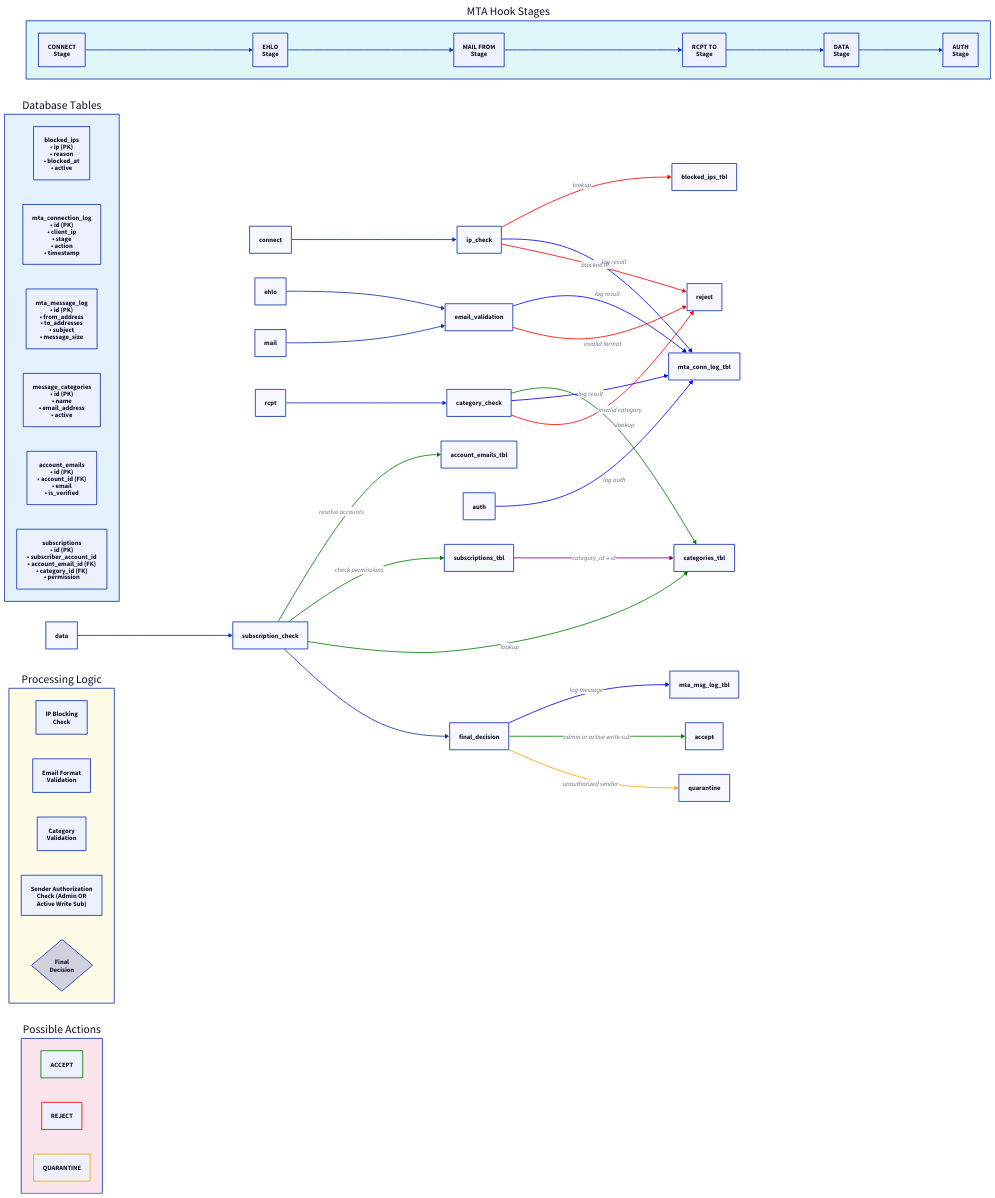
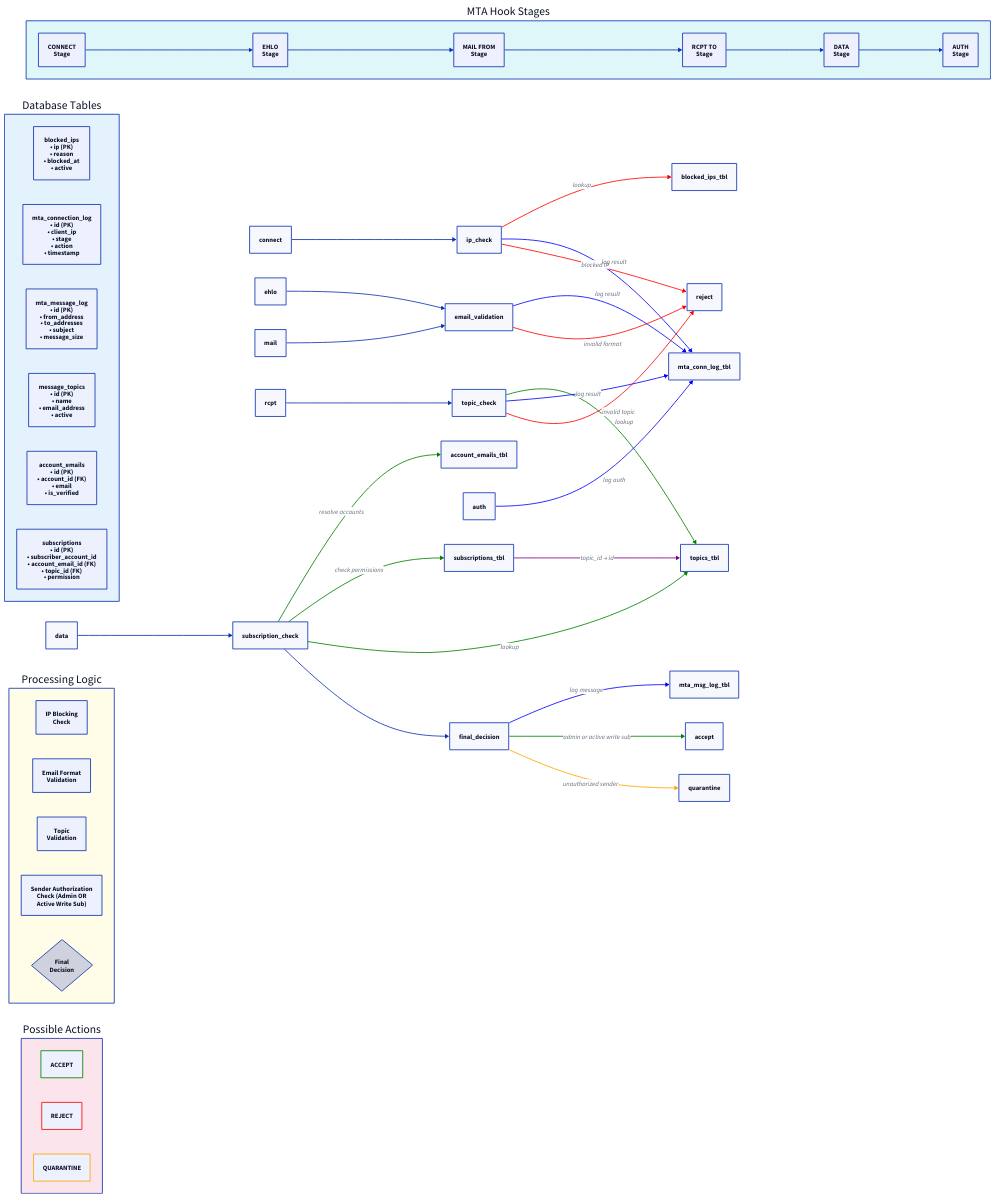
The diagram in docs/src/appendices/mta-processing-flow.d2 (enaut/kommunikationszentrum), drawn with D2 before and after one commit. The commit also changed other lines of this file and 217 other files, not shown here.

```diff
--- a/docs/src/appendices/mta-processing-flow.d2
+++ b/docs/src/appendices/mta-processing-flow.d2
@@ -1,80 +1,80 @@
 direction: right
 
 stages: "MTA Hook Stages" {
   style.fill: "#e0f7fa"
   connect: "CONNECT\nStage"
   ehlo: "EHLO\nStage"
   mail: "MAIL FROM\nStage"
   rcpt: "RCPT TO\nStage"
   data: "DATA\nStage"
   auth: "AUTH\nStage"
 
   connect -> ehlo -> mail -> rcpt -> data -> auth
 }
 
 tables: "Database Tables" {
   style.fill: "#e3f2fd"
   blocked_ips_tbl: "blocked_ips\n• ip (PK)\n• reason\n• blocked_at\n• active"
   mta_conn_log_tbl: "mta_connection_log\n• id (PK)\n• client_ip\n• stage\n• action\n• timestamp"
   mta_msg_log_tbl: "mta_message_log\n• id (PK)\n• from_address\n• to_addresses\n• subject\n• message_size"
-  categories_tbl: "message_categories\n• id (PK)\n• name\n• email_address\n• active"
+  topics_tbl: "message_topics\n• id (PK)\n• name\n• email_address\n• active"
   account_emails_tbl: "account_emails\n• id (PK)\n• account_id (FK)\n• email\n• is_verified"
-  subscriptions_tbl: "subscriptions\n• id (PK)\n• subscriber_account_id\n• account_email_id (FK)\n• category_id (FK)\n• permission"
+  subscriptions_tbl: "subscriptions\n• id (PK)\n• subscriber_account_id\n• account_email_id (FK)\n• topic_id (FK)\n• permission"
 }
 
 logic: "Processing Logic" {
   style.fill: "#fffde7"
   ip_check: "IP Blocking\nCheck"
   email_validation: "Email Format\nValidation"
-  category_check: "Category\nValidation"
+  topic_check: "Topic\nValidation"
   subscription_check: "Sender Authorization\nCheck (Admin OR\nActive Write Sub)"
   final_decision: "Final\nDecision" {
     shape: diamond
   }
 }
 
 actions: "Possible Actions" {
   style.fill: "#fce4ec"
   accept: "ACCEPT" {
     style.stroke: green
   }
   reject: "REJECT" {
     style.stroke: red
   }
   quarantine: "QUARANTINE" {
     style.stroke: orange
   }
 }
 
 connect -> ip_check
 ip_check -> blocked_ips_tbl: "lookup" { style.stroke: red }
 ip_check -> mta_conn_log_tbl: "log result" { style.stroke: blue }
 
 ehlo -> email_validation
 email_validation -> mta_conn_log_tbl: "log result" { style.stroke: blue }
 
 mail -> email_validation
 
-rcpt -> category_check
-category_check -> categories_tbl: "lookup" { style.stroke: green }
-category_check -> mta_conn_log_tbl: "log result" { style.stroke: blue }
+rcpt -> topic_check
+topic_check -> topics_tbl: "lookup" { style.stroke: green }
+topic_check -> mta_conn_log_tbl: "log result" { style.stroke: blue }
 
 data -> subscription_check
 subscription_check -> account_emails_tbl: "resolve accounts" { style.stroke: green }
 subscription_check -> subscriptions_tbl: "check permissions" { style.stroke: green }
-subscription_check -> categories_tbl: "lookup" { style.stroke: green }
+subscription_check -> topics_tbl: "lookup" { style.stroke: green }
 subscription_check -> final_decision
 
 final_decision -> mta_msg_log_tbl: "log message" { style.stroke: blue }
 
 auth -> mta_conn_log_tbl: "log auth" { style.stroke: blue }
 
-subscriptions_tbl -> categories_tbl: "category_id → id" {
+subscriptions_tbl -> topics_tbl: "topic_id → id" {
   style.stroke: purple
 }
 
 final_decision -> accept: "admin or active write sub" { style.stroke: green }
 final_decision -> quarantine: "unauthorized sender" { style.stroke: orange }
 ip_check -> reject: "blocked IP" { style.stroke: red }
 email_validation -> reject: "invalid format" { style.stroke: red }
-category_check -> reject: "invalid category" { style.stroke: red }
+topic_check -> reject: "invalid topic" { style.stroke: red }
```
